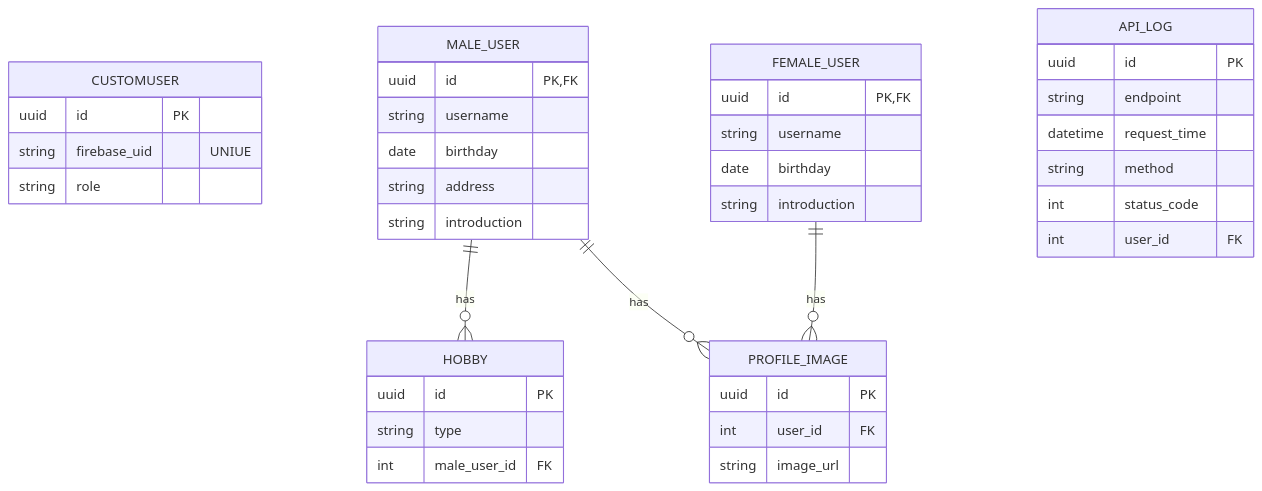
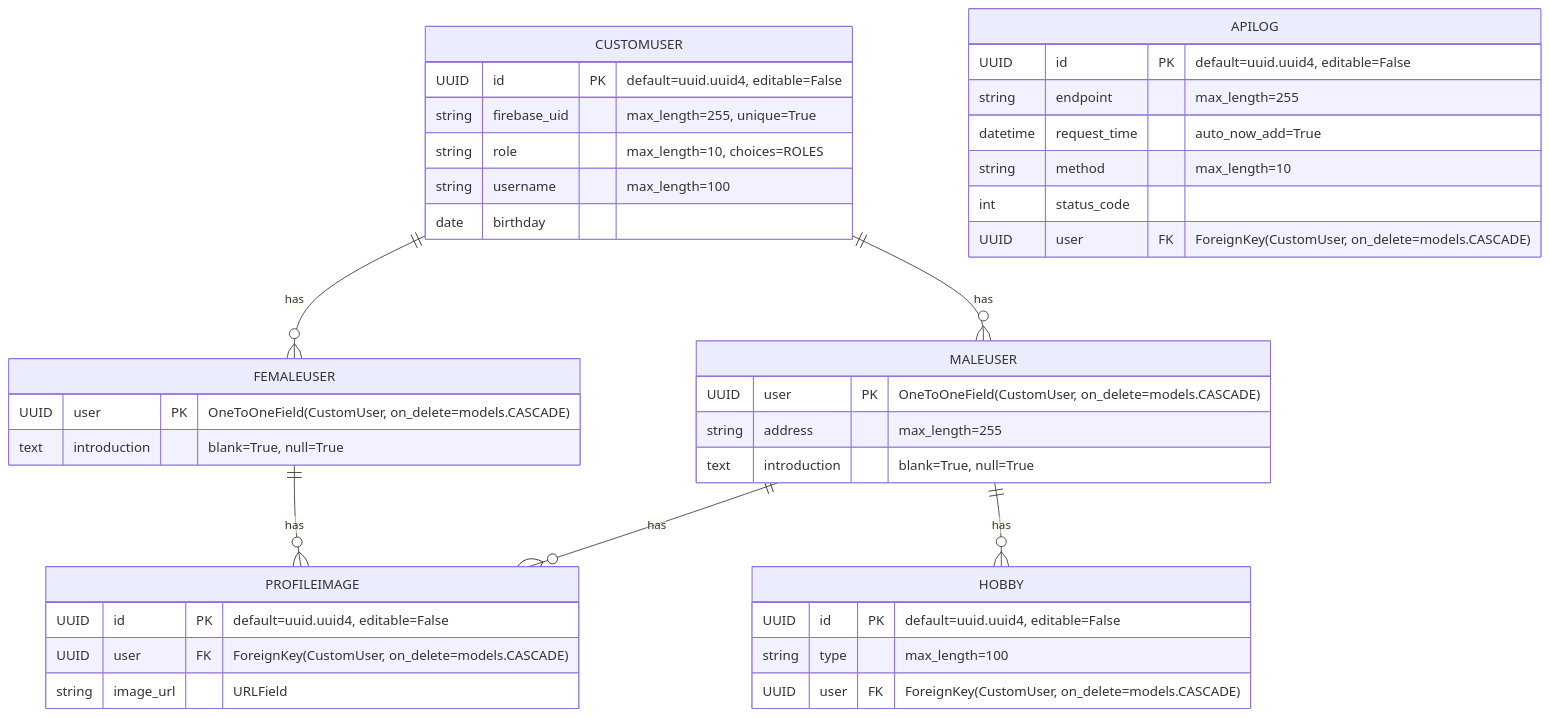
One commit to abe-masafumi/flutter-notification-playground-api changed the diagram in docs/database_design.md. Above: the diagram before and after it, drawn with Mermaid. The commit also changed other lines of this file and 5 other files, not shown here.

````diff
--- a/docs/database_design.md
+++ b/docs/database_design.md
@@ -5,48 +4,42 @@
 ```mermaid
 erDiagram
     CUSTOMUSER {
-        uuid id PK
-        string firebase_uid "UNIUE"
-        string role
+        UUID id PK "default=uuid.uuid4, editable=False"
+        string firebase_uid "max_length=255, unique=True"
+        string role "max_length=10, choices=ROLES"
+        string username "max_length=100"
+        date birthday
     }
-
-    MALE_USER {
-        uuid id PK,FK
-        string username
-        date birthday
-        string address
-        string introduction
+    MALEUSER {
+        UUID user PK "OneToOneField(CustomUser, on_delete=models.CASCADE)"
+        string address "max_length=255"
+        text introduction "blank=True, null=True"
     }
-    
-    FEMALE_USER {
-        uuid id PK,FK
-        string username
-        date birthday
-        string introduction
+    FEMALEUSER {
+        UUID user PK "OneToOneField(CustomUser, on_delete=models.CASCADE)"
+        text introduction "blank=True, null=True"
     }
-
-    PROFILE_IMAGE {
-        uuid id PK
-        int user_id FK
-        string image_url
+    PROFILEIMAGE {
+        UUID id PK "default=uuid.uuid4, editable=False"
+        UUID user FK "ForeignKey(CustomUser, on_delete=models.CASCADE)"
+        string image_url "URLField"
     }
-    
     HOBBY {
-        uuid id PK
-        string type
-        int male_user_id FK
+        UUID id PK "default=uuid.uuid4, editable=False"
+        string type "max_length=100"
+        UUID user FK "ForeignKey(CustomUser, on_delete=models.CASCADE)"
     }
-
-    API_LOG {
-        uuid id PK
-        string endpoint
-        datetime request_time
-        string method
+    APILOG {
+        UUID id PK "default=uuid.uuid4, editable=False"
+        string endpoint "max_length=255"
+        datetime request_time "auto_now_add=True"
+        string method "max_length=10"
         int status_code
-        int user_id FK
+        UUID user FK "ForeignKey(CustomUser, on_delete=models.CASCADE)"
     }
-
-  MALE_USER ||--o{ HOBBY : "has"
-  MALE_USER ||--o{ PROFILE_IMAGE : "has"
-  FEMALE_USER ||--o{ PROFILE_IMAGE : "has"
+  CUSTOMUSER ||--o{ MALEUSER : "has"
+  CUSTOMUSER ||--o{ FEMALEUSER : "has"
+  MALEUSER ||--o{ PROFILEIMAGE : "has"
+  FEMALEUSER ||--o{ PROFILEIMAGE : "has"
+  MALEUSER ||--o{ HOBBY : "has"
 ```
````
